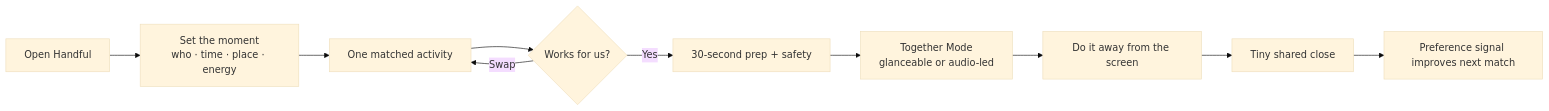
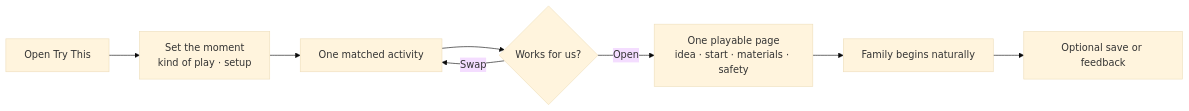
Before and after one commit to mirrorphotosintern/bonding: the diagram in docs/PRODUCT_SPEC.md, drawn with Mermaid (base theme). The commit also changed other lines of this file and 31 other files, not shown here.

````diff
--- a/docs/PRODUCT_SPEC.md
+++ b/docs/PRODUCT_SPEC.md
@@ -176,12 +179,10 @@
 ```mermaid
 flowchart LR
-    A["Open Handful"] --> B["Set the moment<br/>who · time · place · energy"]
+    A["Open Try This"] --> B["Set the moment<br/>kind of play · setup"]
     B --> C["One matched activity"]
     C --> D{"Works for us?"}
     D -- "Swap" --> C
-    D -- "Yes" --> E["30-second prep + safety"]
-    E --> F["Together Mode<br/>glanceable or audio-led"]
-    F --> G["Do it away from the screen"]
-    G --> H["Tiny shared close"]
-    H --> I["Preference signal improves next match"]
+    D -- "Open" --> E["One playable page<br/>idea · start · materials · safety"]
+    E --> F["Family begins naturally"]
+    F --> G["Optional save or feedback"]
 ```
````
